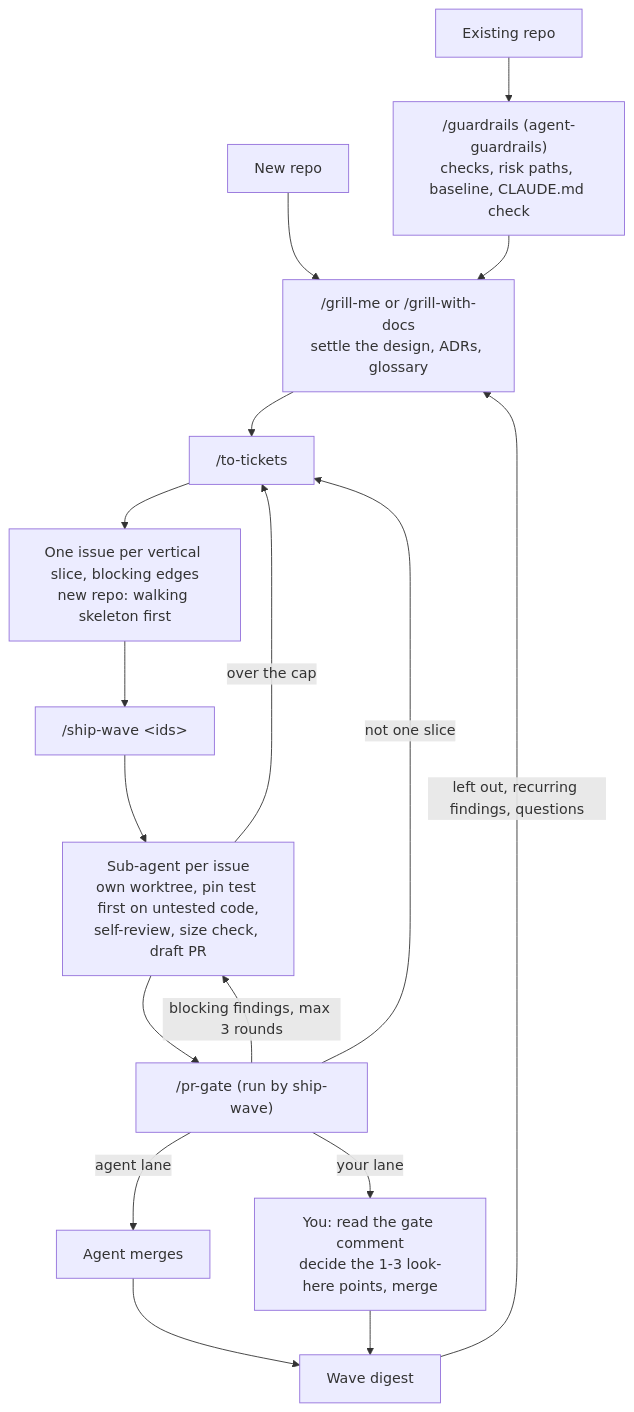
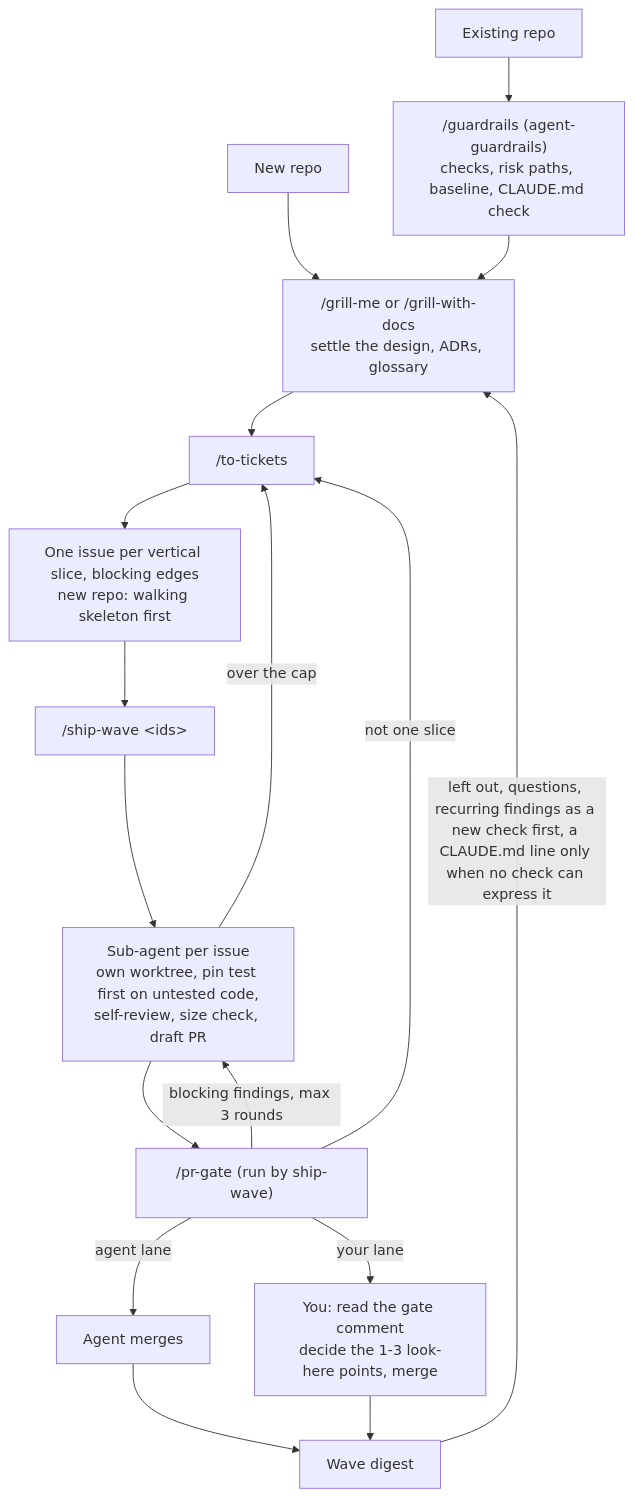
Before and after one commit to freshmick/agent-skills: the diagram in README.md, drawn with Mermaid.

Commit message:
README: digest edge says recurring findings become a check first

````diff
--- a/README.md
+++ b/README.md
@@ -26,19 +26,19 @@
 ```mermaid
 flowchart TD
     N[New repo] --> A
     X[Existing repo] --> G0["/guardrails (agent-guardrails)<br/>checks, risk paths, baseline, CLAUDE.md check"]
     G0 --> A["/grill-me or /grill-with-docs<br/>settle the design, ADRs, glossary"]
     A --> B["/to-tickets"]
     B --> C[One issue per vertical slice, blocking edges<br/>new repo: walking skeleton first]
     C --> D["/ship-wave &lt;ids&gt;"]
     D --> E[Sub-agent per issue<br/>own worktree, pin test first on untested code,<br/>self-review, size check, draft PR]
     E -->|over the cap| B
     E --> F["/pr-gate (run by ship-wave)"]
     F -->|not one slice| B
     F -->|blocking findings, max 3 rounds| E
     F -->|agent lane| G[Agent merges]
     F -->|your lane| H[You: read the gate comment<br/>decide the 1-3 look-here points, merge]
     G --> I[Wave digest]
     H --> I
-    I -->|left out, recurring findings, questions| A
+    I -->|left out, questions, recurring findings as a new check first, a CLAUDE.md line only when no check can express it| A
 ```
````
